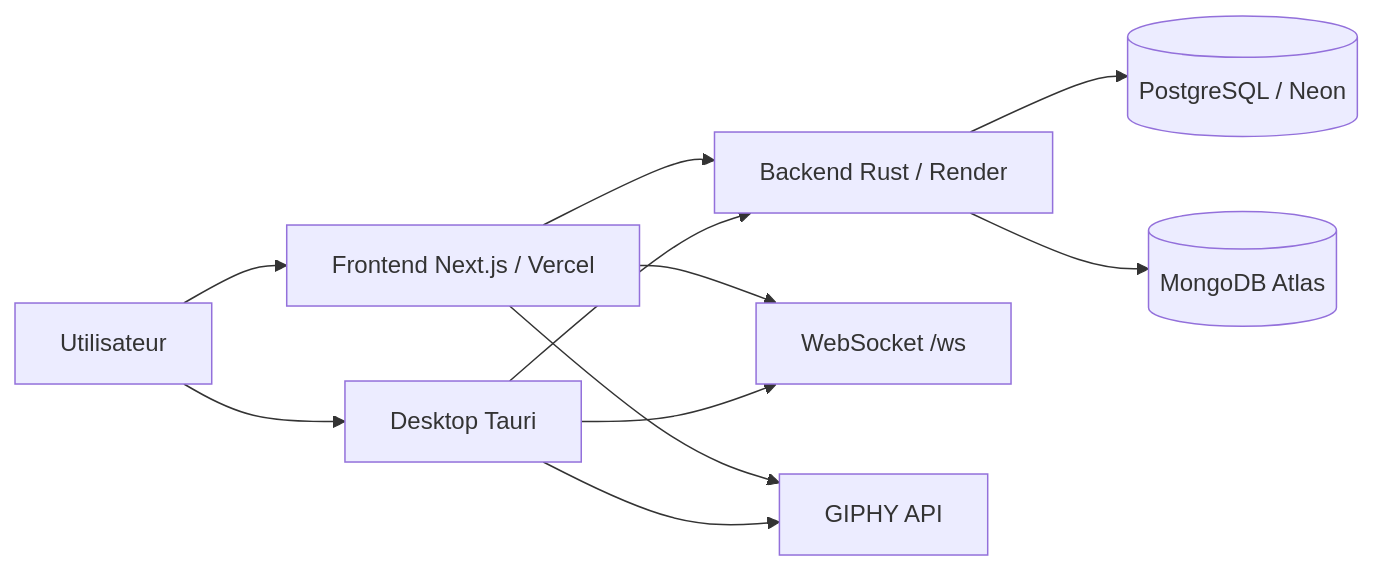
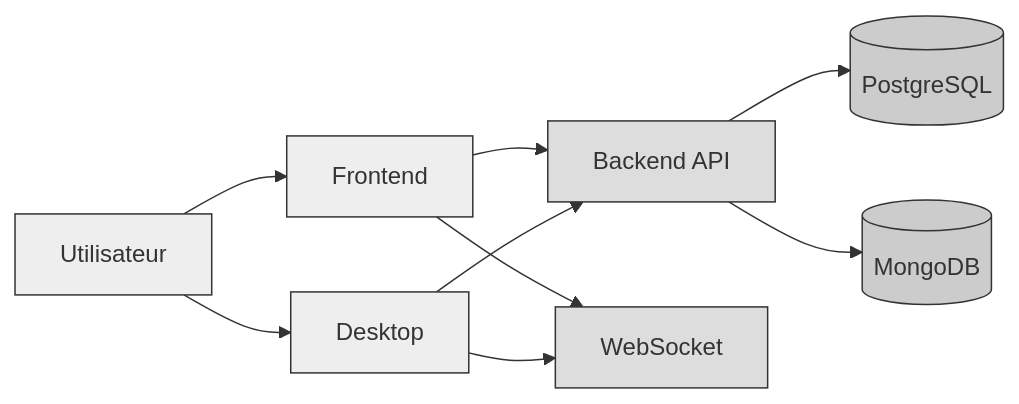
One commit to florian-billon/voisins-connect changed the first of 4 diagrams in README.md. Above: the diagram before and after it, drawn with Mermaid. The commit also changed other lines of this file, not shown here.

Commit message:
docs: simplify CI/CD diagram and apply grayscale theme to all diagrams

````diff
--- a/README.md
+++ b/README.md
@@ -233,22 +233,24 @@
 ```mermaid
 flowchart LR
     User[Utilisateur]
-    Web[Frontend Next.js / Vercel]
-    Desktop[Desktop Tauri]
-    API[Backend Rust / Render]
-    WS[WebSocket /ws]
-    PG[(PostgreSQL / Neon)]
-    MG[(MongoDB Atlas)]
-    GIF[GIPHY API]
+    Web[Frontend]
+    Desktop[Desktop]
+    API[Backend API]
+    WS[WebSocket]
+    PG[(PostgreSQL)]
+    MG[(MongoDB)]
 
     User --> Web
     User --> Desktop
-    Web --> API
-    Desktop --> API
-    Web --> WS
-    Desktop --> WS
-    API --> PG
-    API --> MG
-    Web --> GIF
-    Desktop --> GIF
+    Web & Desktop --> API
+    Web & Desktop --> WS
+    API --> PG & MG
+
+    style User fill:#eee,stroke:#333
+    style Web fill:#eee,stroke:#333
+    style Desktop fill:#eee,stroke:#333
+    style API fill:#ddd,stroke:#333
+    style WS fill:#ddd,stroke:#333
+    style PG fill:#ccc,stroke:#333
+    style MG fill:#ccc,stroke:#333
 ```
````
